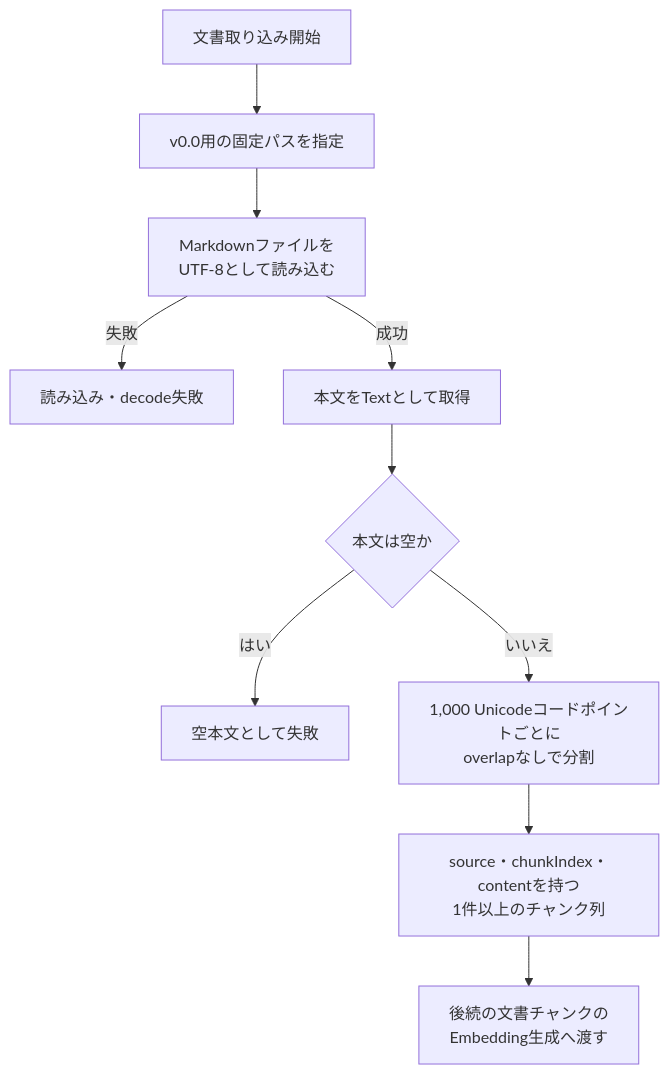
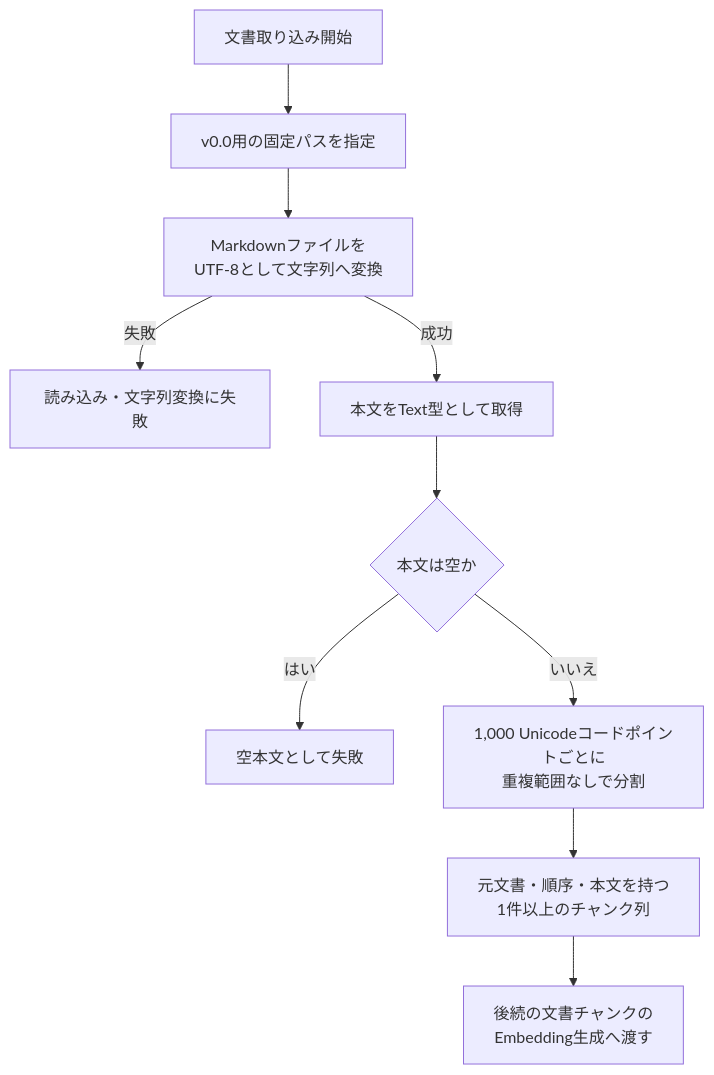
Before and after one commit to takashit16833/RAGScope: the first of 2 diagrams in project-docs/design/文書処理設計.md, drawn with Mermaid. The commit also changed other lines of this file and 36 other files, not shown here.

````diff
--- a/project-docs/design/文書処理設計.md
+++ b/project-docs/design/文書処理設計.md
@@ -152,19 +144,19 @@
 ```mermaid
 flowchart TD
     Start["文書取り込み開始"]
     FixedPath["v0.0用の固定パスを指定"]
-    Read["Markdownファイルを<br>UTF-8として読み込む"]
-    ReadError["読み込み・decode失敗"]
-    Loaded["本文をTextとして取得"]
+    Read["Markdownファイルを<br>UTF-8として文字列へ変換"]
+    ReadError["読み込み・文字列変換に失敗"]
+    Loaded["本文をText型として取得"]
     Empty{"本文は空か"}
     EmptyError["空本文として失敗"]
-    Chunk["1,000 Unicodeコードポイントごとに<br>overlapなしで分割"]
-    Result["source・chunkIndex・contentを持つ<br>1件以上のチャンク列"]
+    Chunk["1,000 Unicodeコードポイントごとに<br>重複範囲なしで分割"]
+    Result["元文書・順序・本文を持つ<br>1件以上のチャンク列"]
     Handoff["後続の文書チャンクの<br>Embedding生成へ渡す"]
 
     Start --> FixedPath --> Read
     Read -->|失敗| ReadError
     Read -->|成功| Loaded --> Empty
     Empty -->|はい| EmptyError
     Empty -->|いいえ| Chunk --> Result --> Handoff
 ```
````
